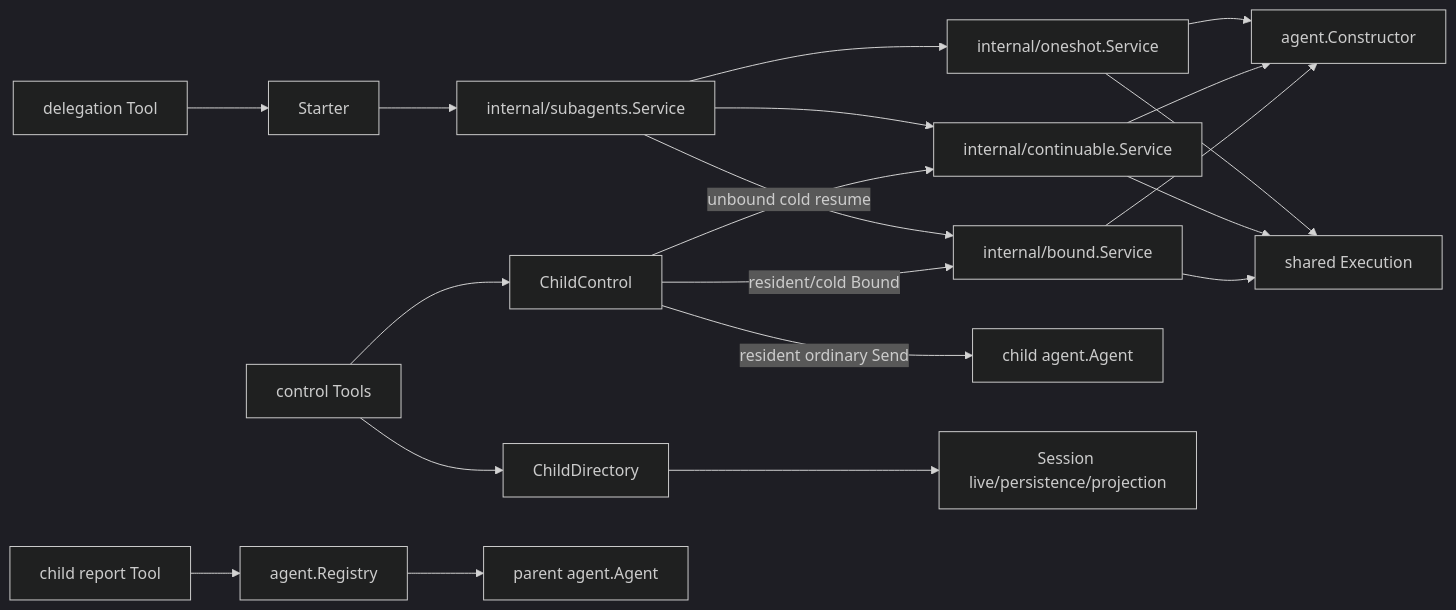
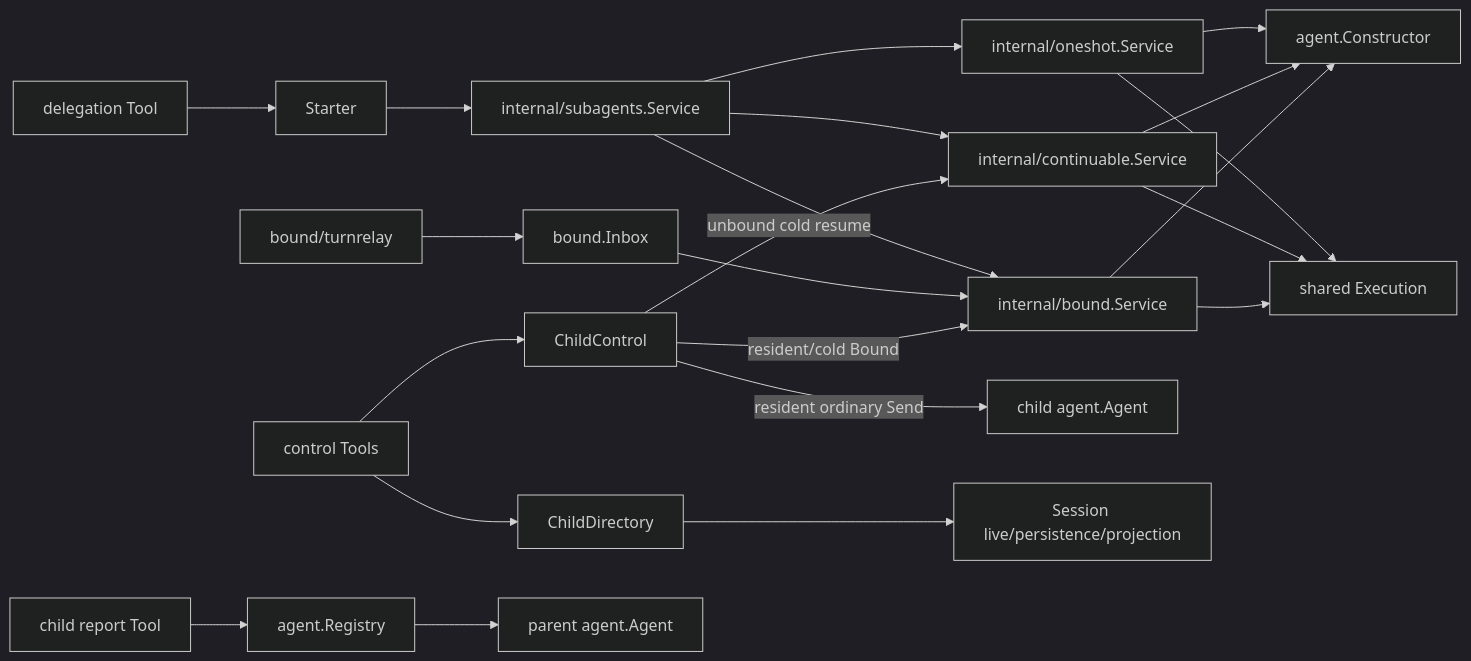
Before and after one commit to gorenx/goren: the diagram in subagent/README.zh-CN.md, drawn with Mermaid (dark theme). The commit also changed other lines of this file and 9 other files, not shown here.

Commit message:
docs(bound): document inbox and turn relay ownership

````diff
--- a/subagent/README.zh-CN.md
+++ b/subagent/README.zh-CN.md
@@ -58,22 +60,24 @@
 ```mermaid
 flowchart LR
     Tool[delegation Tool] --> Starter
     Starter[Starter] --> Service[internal/subagents.Service]
     Service --> OneShot[internal/oneshot.Service]
     Service --> Continuable[internal/continuable.Service]
     Service --> Bound[internal/bound.Service]
     OneShot --> Constructor[agent.Constructor]
     Continuable --> Constructor
     OneShot --> Execution[shared Execution]
     Continuable --> Execution
     Bound --> Constructor
     Bound --> Execution
+    TurnRelay[bound/turnrelay] --> Inbox[bound.Inbox]
+    Inbox --> Bound
     Control[control Tools] --> ChildControl
     ChildControl -->|resident ordinary Send| ChildAgent[child agent.Agent]
     ChildControl -->|resident/cold Bound| Bound
     ChildControl -->|unbound cold resume| Continuable
     Control --> Directory[ChildDirectory]
     Report[child report Tool] --> Registry[agent.Registry]
     Registry --> ParentAgent[parent agent.Agent]
     Directory --> Sessions[Session live/persistence/projection]
 ```
````
